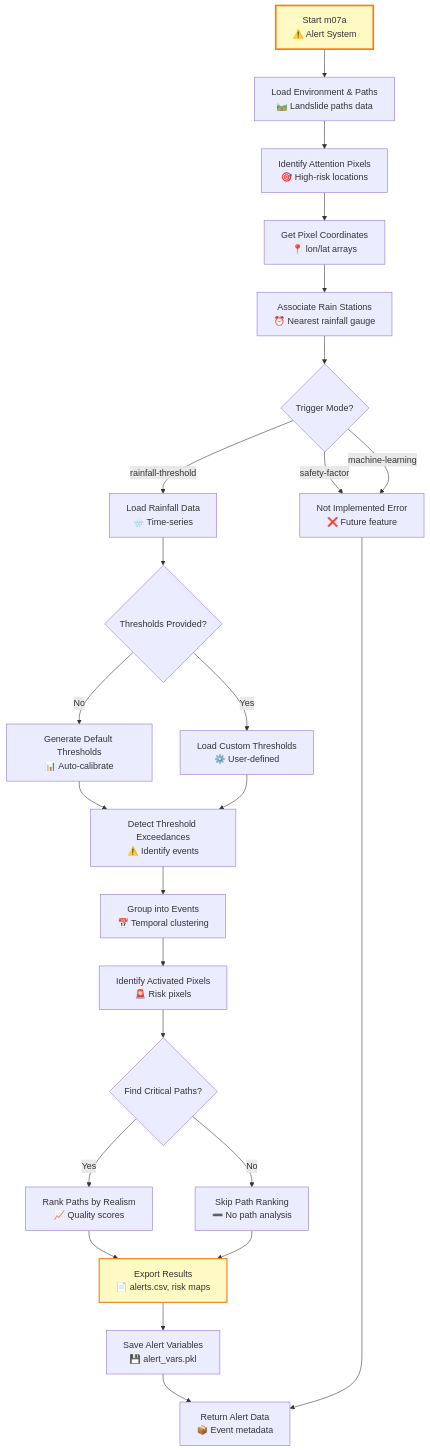
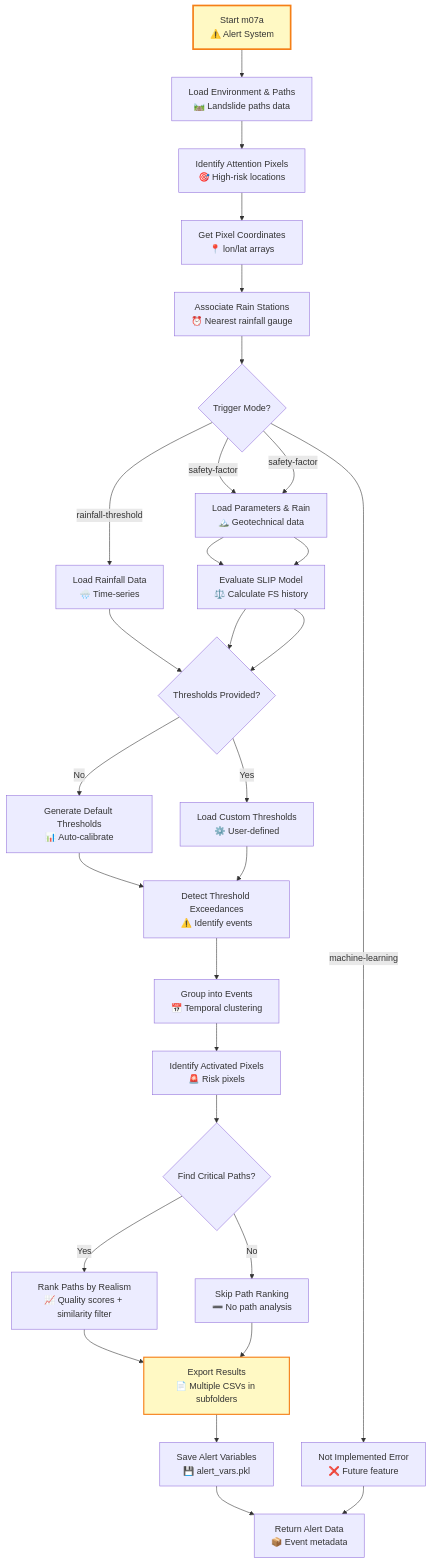
One commit to sasa-misia/P-SLIP changed the diagram in docs/scripts/mains/m07a_attention_pixels_alert.md. Above: the diagram before and after it, drawn with Mermaid. The commit also changed other lines of this file and 2 other files, not shown here.

Commit message:
refactor: enhance path generation with partial realism score evaluation and early termination

````diff
--- a/docs/scripts/mains/m07a_attention_pixels_alert.md
+++ b/docs/scripts/mains/m07a_attention_pixels_alert.md
@@ -176,32 +205,37 @@
 ```mermaid
 graph TD
     %% Attention Pixels Alert Flow
     A["Start m07a<br/>⚠️ Alert System"] --> B["Load Environment & Paths<br/>🛤️ Landslide paths data"]
     B --> C["Identify Attention Pixels<br/>🎯 High-risk locations"]
     C --> D["Get Pixel Coordinates<br/>📍 lon/lat arrays"]
     D --> E["Associate Rain Stations<br/>⏰ Nearest rainfall gauge"]
     E --> F{Trigger Mode?}
     F -->|rainfall-threshold| G["Load Rainfall Data<br/>🌧️ Time-series"]
+    F -->|safety-factor| SF1["Load Parameters & Rain<br/>🏔️ Geotechnical data"]
+    SF1 --> SF2["Evaluate SLIP Model<br/>⚖️ Calculate FS history"]
+    SF2 --> H
     G --> H{Thresholds Provided?}
     H -->|No| I["Generate Default Thresholds<br/>📊 Auto-calibrate"]
     H -->|Yes| J["Load Custom Thresholds<br/>⚙️ User-defined"]
     I --> K["Detect Threshold Exceedances<br/>⚠️ Identify events"]
     J --> K
     K --> L["Group into Events<br/>📅 Temporal clustering"]
     L --> M["Identify Activated Pixels<br/>🚨 Risk pixels"]
     M --> N{Find Critical Paths?}
-    N -->|Yes| O["Rank Paths by Realism<br/>📈 Quality scores"]
+    N -->|Yes| O["Rank Paths by Realism<br/>📈 Quality scores + similarity filter"]
     N -->|No| P["Skip Path Ranking<br/>➖ No path analysis"]
-    O --> Q["Export Results<br/>📄 alerts.csv, risk maps"]
+    O --> Q["Export Results<br/>📄 Multiple CSVs in subfolders"]
     P --> Q
     Q --> R["Save Alert Variables<br/>💾 alert_vars.pkl"]
     R --> S["Return Alert Data<br/>📦 Event metadata"]
     
-    F -->|safety-factor| T["Not Implemented Error<br/>❌ Future feature"]
-    F -->|machine-learning| T
+    F -->|safety-factor| SF1["Load Parameters & Rain<br/>🏔️ Geotechnical data"]
+    SF1 --> SF2["Evaluate SLIP Model<br/>⚖️ Calculate FS history"]
+    SF2 --> H
+    F -->|machine-learning| T["Not Implemented Error<br/>❌ Future feature"]
     
     %% Styling
     style A fill:#fff9c4,stroke:#f57f17,stroke-width:3px
     style Q fill:#fff9c4,stroke:#f57f17,stroke-width:2px
     T --> S
 ```
````
